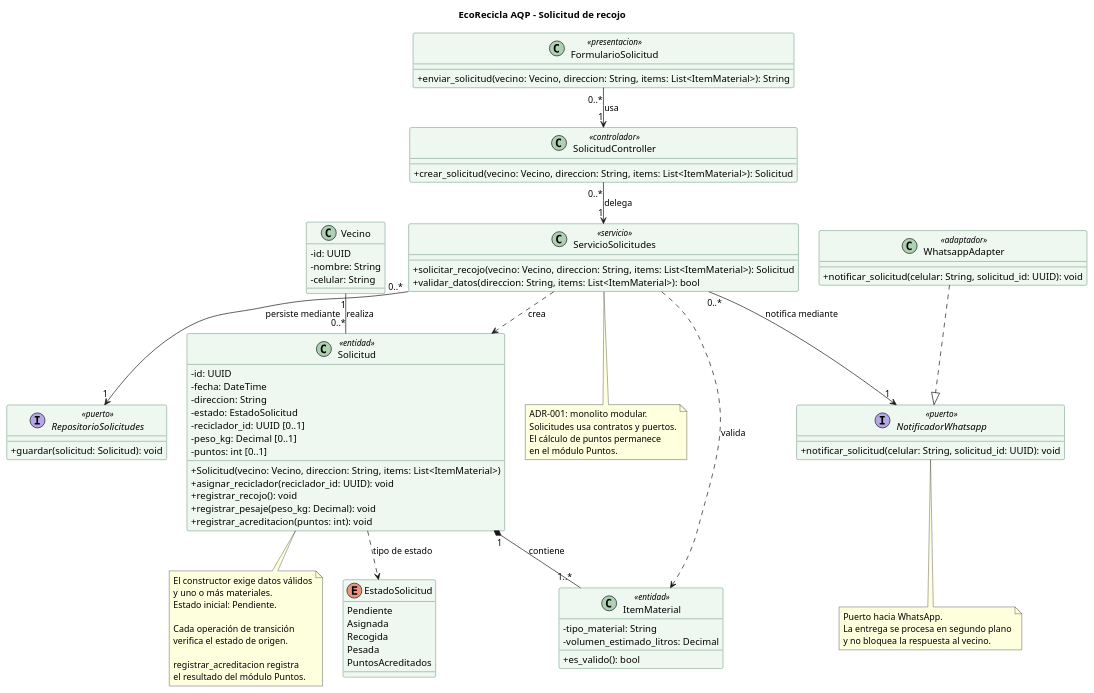
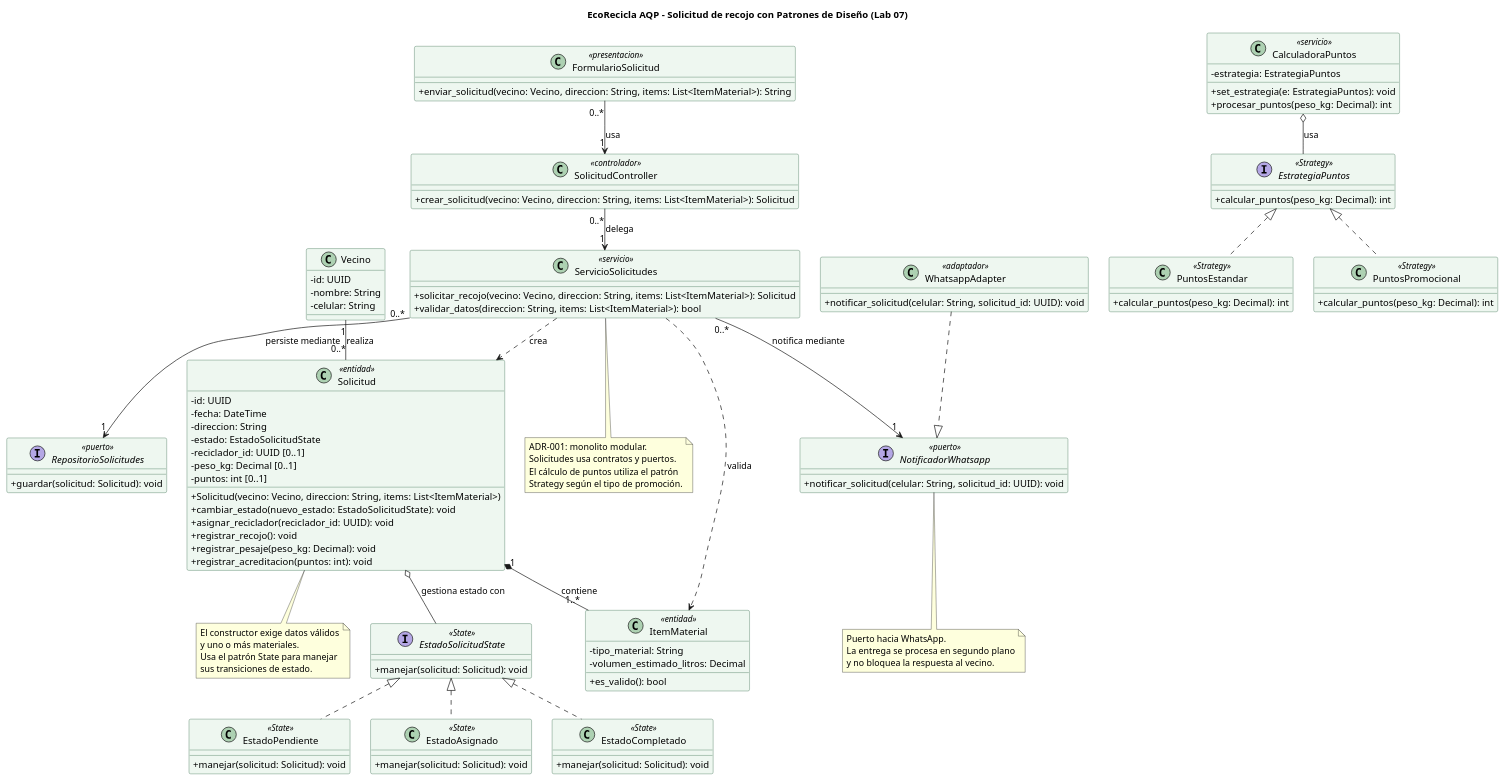
One commit to FabianaRojasCondori/cs-2026b-lab04--grupoB-10 changed the diagram in docs/design/clases.puml. Above: the diagram before and after it, drawn with PlantUML. The commit also changed 6 other files, not shown here.

Commit message:
diagramas de patrones y bitacora de IA

```diff
--- a/docs/design/clases.puml
+++ b/docs/design/clases.puml
@@ -1,110 +1,155 @@
 @startuml
-title EcoRecicla AQP - Solicitud de recojo
+title EcoRecicla AQP - Solicitud de recojo con Patrones de Diseño (Lab 07)
 
 skinparam classAttributeIconSize 0
 skinparam shadowing false
 skinparam defaultFontName Arial
 skinparam classBackgroundColor #EEF7F0
 skinparam classBorderColor #286140
 skinparam nodesep 30
 skinparam ranksep 40
 
 class Vecino {
-  - id: UUID
-  - nombre: String
-  - celular: String
+-   id: UUID
+-   nombre: String
+-   celular: String
 }
 
 class FormularioSolicitud <<presentacion>> {
   + enviar_solicitud(vecino: Vecino, direccion: String, items: List<ItemMaterial>): String
 }
 
 class SolicitudController <<controlador>> {
   + crear_solicitud(vecino: Vecino, direccion: String, items: List<ItemMaterial>): Solicitud
 }
 
 class ServicioSolicitudes <<servicio>> {
   + solicitar_recojo(vecino: Vecino, direccion: String, items: List<ItemMaterial>): Solicitud
   + validar_datos(direccion: String, items: List<ItemMaterial>): bool
 }
 
 class Solicitud <<entidad>> {
-  - id: UUID
-  - fecha: DateTime
-  - direccion: String
-  - estado: EstadoSolicitud
-  - reciclador_id: UUID [0..1]
-  - peso_kg: Decimal [0..1]
-  - puntos: int [0..1]
+-   id: UUID
+-   fecha: DateTime
+-   direccion: String
+-   estado: EstadoSolicitudState
+-   reciclador_id: UUID [0..1]
+-   peso_kg: Decimal [0..1]
+-   puntos: int [0..1]
   + Solicitud(vecino: Vecino, direccion: String, items: List<ItemMaterial>)
+  + cambiar_estado(nuevo_estado: EstadoSolicitudState): void
   + asignar_reciclador(reciclador_id: UUID): void
   + registrar_recojo(): void
   + registrar_pesaje(peso_kg: Decimal): void
   + registrar_acreditacion(puntos: int): void
 }
 
 class ItemMaterial <<entidad>> {
-  - tipo_material: String
-  - volumen_estimado_litros: Decimal
+-   tipo_material: String
+-   volumen_estimado_litros: Decimal
   + es_valido(): bool
 }
 
-enum EstadoSolicitud {
-  Pendiente
-  Asignada
-  Recogida
-  Pesada
-  PuntosAcreditados
+' ==========================================
+' PATRÓN STATE (Lab 07)
+' ==========================================
+interface EstadoSolicitudState <<State>> {
+  + manejar(solicitud: Solicitud): void
 }
 
+class EstadoPendiente <<State>> {
+  + manejar(solicitud: Solicitud): void
+}
+
+class EstadoAsignado <<State>> {
+  + manejar(solicitud: Solicitud): void
+}
+
+class EstadoCompletado <<State>> {
+  + manejar(solicitud: Solicitud): void
+}
+
+' ==========================================
+' PATRÓN STRATEGY (Lab 07)
+' ==========================================
+interface EstrategiaPuntos <<Strategy>> {
+  + calcular_puntos(peso_kg: Decimal): int
+}
+
+class PuntosEstandar <<Strategy>> {
+  + calcular_puntos(peso_kg: Decimal): int
+}
+
+class PuntosPromocional <<Strategy>> {
+  + calcular_puntos(peso_kg: Decimal): int
+}
+
+class CalculadoraPuntos <<servicio>> {
+  - estrategia: EstrategiaPuntos
+  + set_estrategia(e: EstrategiaPuntos): void
+  + procesar_puntos(peso_kg: Decimal): int
+}
+
+' ==========================================
+' PUERTOS Y ADAPTADORES
+' ==========================================
 interface RepositorioSolicitudes <<puerto>> {
   + guardar(solicitud: Solicitud): void
 }
 
 interface NotificadorWhatsapp <<puerto>> {
   + notificar_solicitud(celular: String, solicitud_id: UUID): void
 }
 
 class WhatsappAdapter <<adaptador>> {
   + notificar_solicitud(celular: String, solicitud_id: UUID): void
 }
 
+' ==========================================
+' RELACIONES
+' ==========================================
 Vecino "1" -- "0..*" Solicitud : realiza
 Solicitud "1" *-- "1..*" ItemMaterial : contiene
 
 FormularioSolicitud "0..*" --> "1" SolicitudController : usa
 SolicitudController "0..*" --> "1" ServicioSolicitudes : delega
 ServicioSolicitudes "0..*" --> "1" RepositorioSolicitudes : persiste mediante
 ServicioSolicitudes "0..*" --> "1" NotificadorWhatsapp : notifica mediante
 
 ServicioSolicitudes ..> Solicitud : crea
 ServicioSolicitudes ..> ItemMaterial : valida
-Solicitud ..> EstadoSolicitud : tipo de estado
 WhatsappAdapter ..|> NotificadorWhatsapp
 
+' Relaciones de los Patrones (Lab 07)
+Solicitud o-- EstadoSolicitudState : gestiona estado con
+EstadoSolicitudState <|.. EstadoPendiente
+EstadoSolicitudState <|.. EstadoAsignado
+EstadoSolicitudState <|.. EstadoCompletado
+
+CalculadoraPuntos o-- EstrategiaPuntos : usa
+EstrategiaPuntos <|.. PuntosEstandar
+EstrategiaPuntos <|.. PuntosPromocional
+
+' ==========================================
+' NOTAS
+' ==========================================
 note bottom of Solicitud
   El constructor exige datos válidos
   y uno o más materiales.
-  Estado inicial: Pendiente.
-
-  Cada operación de transición
-  verifica el estado de origen.
-
-  registrar_acreditacion registra
-  el resultado del módulo Puntos.
+  Usa el patrón State para manejar 
+  sus transiciones de estado.
 end note
 
 note bottom of NotificadorWhatsapp
   Puerto hacia WhatsApp.
   La entrega se procesa en segundo plano
   y no bloquea la respuesta al vecino.
 end note
 
 note bottom of ServicioSolicitudes
   ADR-001: monolito modular.
   Solicitudes usa contratos y puertos.
-  El cálculo de puntos permanece
-  en el módulo Puntos.
+  El cálculo de puntos utiliza el patrón
+  Strategy según el tipo de promoción.
 end note
-
 @enduml
```
